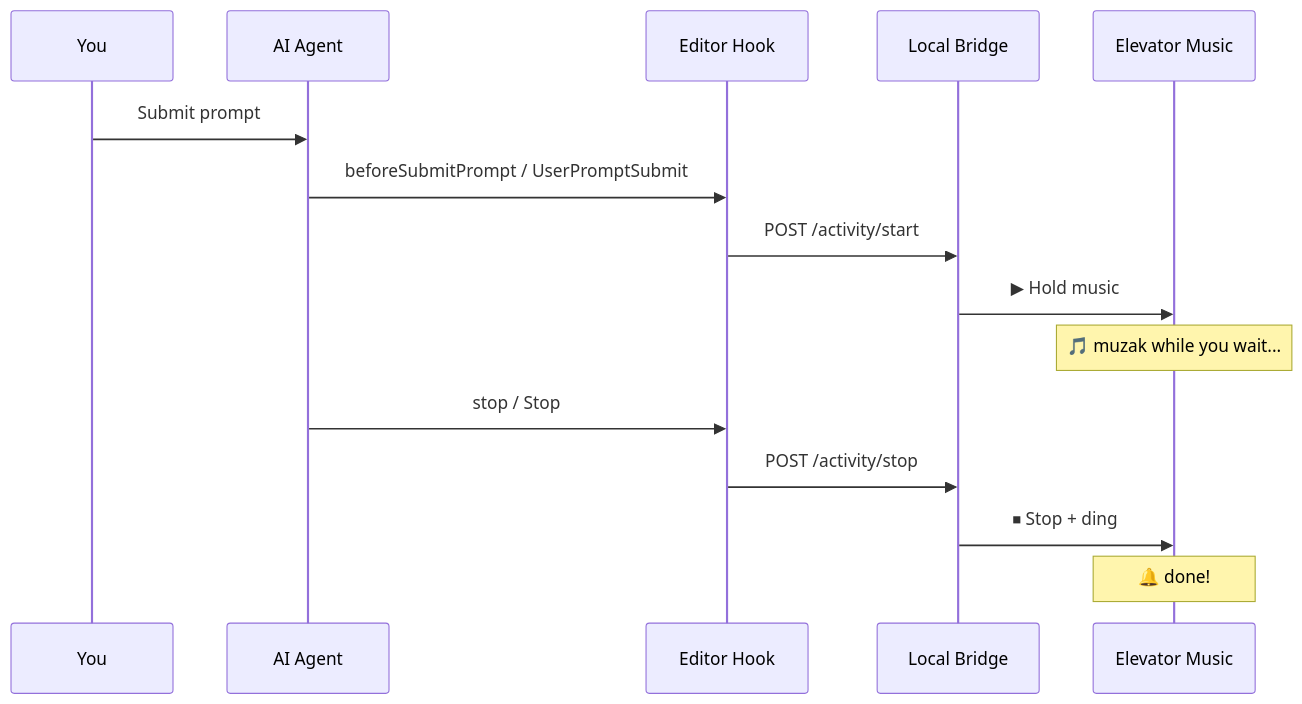
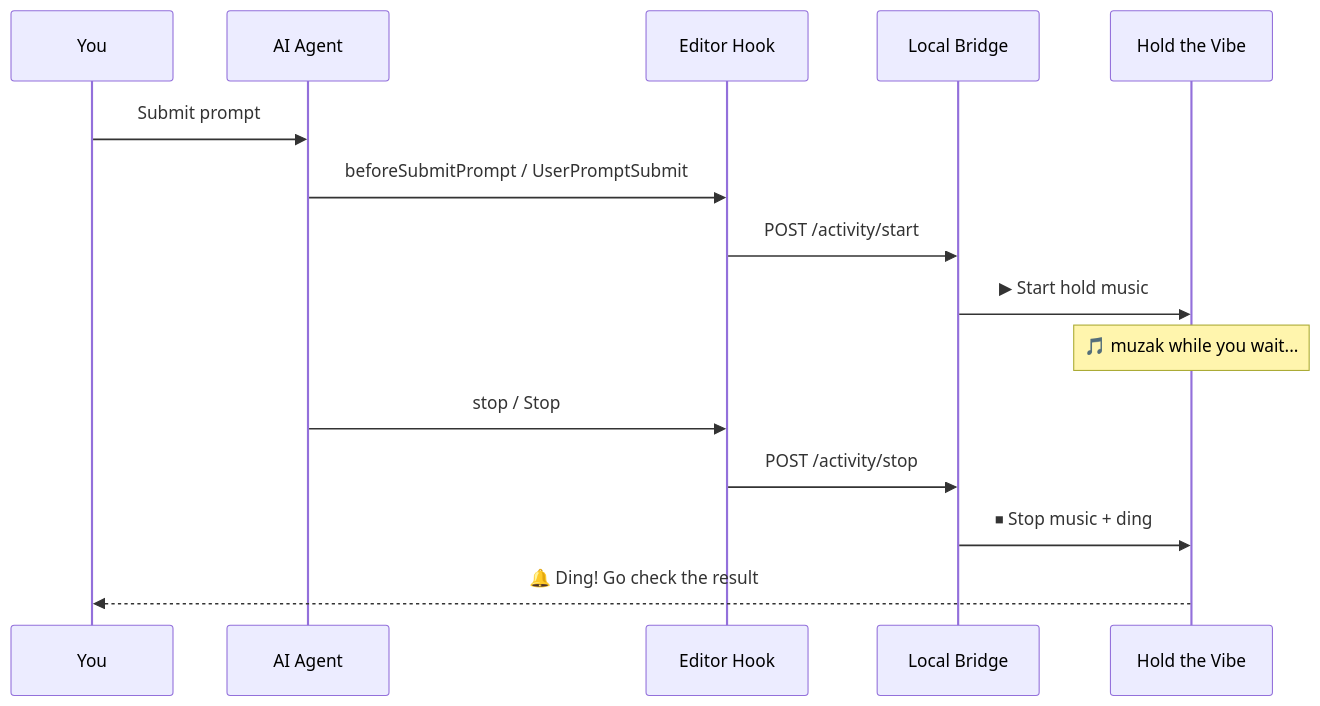
Before and after one commit to joenb33/hold-the-vibe: the diagram in README.md, drawn with Mermaid. The commit also changed other lines of this file, not shown here.

````diff
--- a/README.md
+++ b/README.md
@@ -42,18 +46,18 @@
 ```mermaid
 sequenceDiagram
     participant You
     participant Agent as AI Agent
     participant Hook as Editor Hook
     participant Bridge as Local Bridge
-    participant Vibe as Elevator Music
+    participant Vibe as Hold the Vibe
 
     You->>Agent: Submit prompt
     Agent->>Hook: beforeSubmitPrompt / UserPromptSubmit
     Hook->>Bridge: POST /activity/start
-    Bridge->>Vibe: ▶ Hold music
+    Bridge->>Vibe: ▶ Start hold music
     Note over Vibe: 🎵 muzak while you wait...
     Agent->>Hook: stop / Stop
     Hook->>Bridge: POST /activity/stop
-    Bridge->>Vibe: ⏹ Stop + ding
-    Note over Vibe: 🔔 done!
+    Bridge->>Vibe: ⏹ Stop music + ding
+    Vibe-->>You: 🔔 Ding! Go check the result
 ```
````
